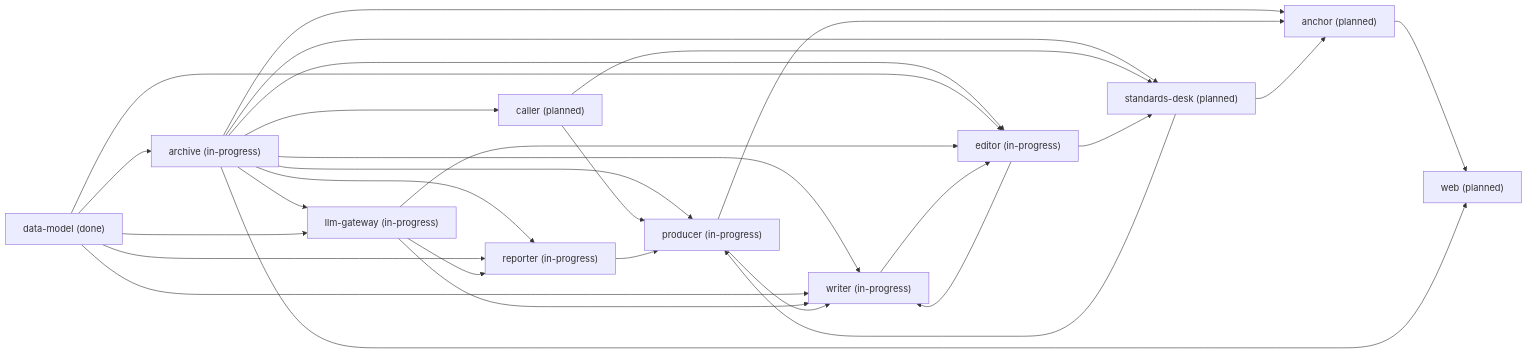
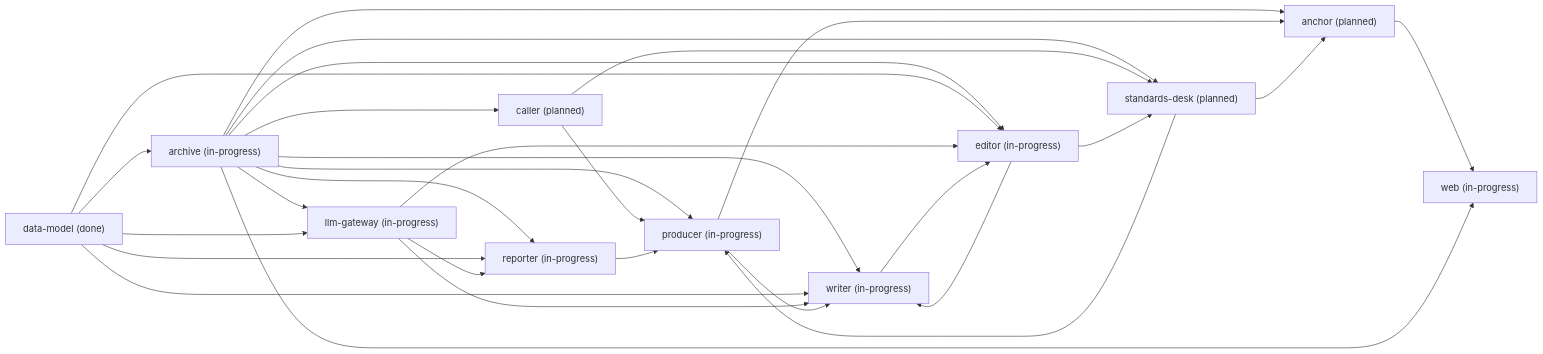
One commit to Yadnu/newsroom changed the diagram in context/GRAPH.md. Above: the diagram before and after it, drawn with Mermaid. The commit also changed other lines of this file and 35 other files, not shown here.

Commit message:
web: Archive dashboard with one-click sentence-to-source trace; archive briefing timeline API (task 3.3)

````diff
--- a/context/GRAPH.md
+++ b/context/GRAPH.md
@@ -30,42 +30,42 @@
 ```mermaid
 flowchart LR
   anchor["anchor (planned)"]
   archive["archive (in-progress)"]
   caller["caller (planned)"]
   data_model["data-model (done)"]
   editor["editor (in-progress)"]
   llm_gateway["llm-gateway (in-progress)"]
   producer["producer (in-progress)"]
   reporter["reporter (in-progress)"]
   standards_desk["standards-desk (planned)"]
-  web["web (planned)"]
+  web["web (in-progress)"]
   writer["writer (in-progress)"]
   anchor --> web
   archive --> anchor
   archive --> caller
   archive --> editor
   archive --> llm_gateway
   archive --> producer
   archive --> reporter
   archive --> standards_desk
   archive --> web
   archive --> writer
   caller --> producer
   caller --> standards_desk
   data_model --> archive
   data_model --> editor
   data_model --> llm_gateway
   data_model --> reporter
   data_model --> writer
   editor --> standards_desk
   editor --> writer
   llm_gateway --> editor
   llm_gateway --> reporter
   llm_gateway --> writer
   producer --> anchor
   producer --> writer
   reporter --> producer
   standards_desk --> anchor
   standards_desk --> producer
   writer --> editor
 ```
````
